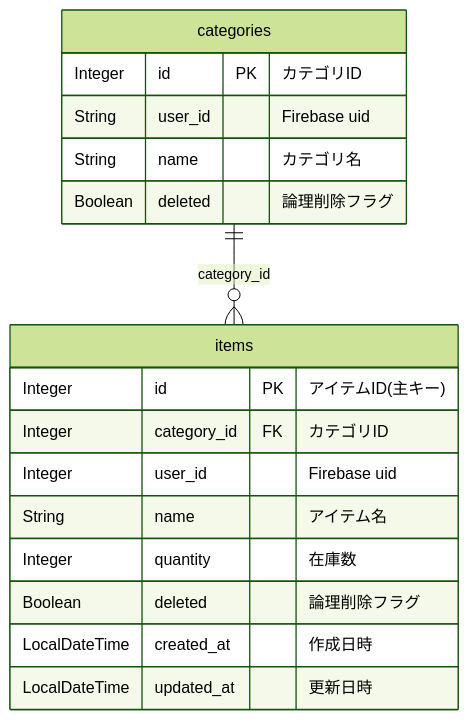
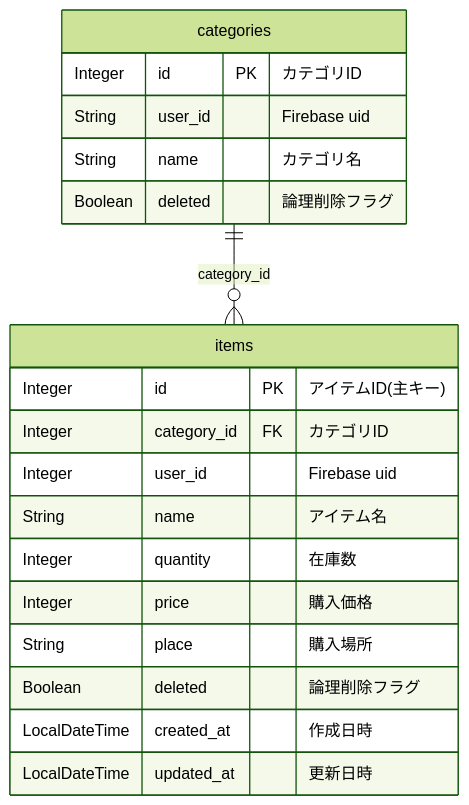
The diagram in doc/er.md (miki-hayashi-71/inventory-api), drawn with Mermaid (forest theme) before and after one commit.

Commit message:
feat: Add price and place columns to items table

````diff
--- a/doc/er.md
+++ b/doc/er.md
@@ -4,23 +4,25 @@
 ```mermaid
 erDiagram
 
 categories {
     Integer id PK "カテゴリID"
     String user_id "Firebase uid"
     String name "カテゴリ名"
     Boolean deleted "論理削除フラグ"
 }
 
 items {
     Integer id PK "アイテムID(主キー)"
     Integer category_id FK "カテゴリID"
     Integer user_id "Firebase uid"
     String name "アイテム名"
     Integer quantity "在庫数"
+    Integer price "購入価格"
+    String place "購入場所"
     Boolean deleted "論理削除フラグ"
     LocalDateTime created_at "作成日時"
     LocalDateTime updated_at "更新日時"
 }
 
 categories || --o{ items : category_id
 ```
````
